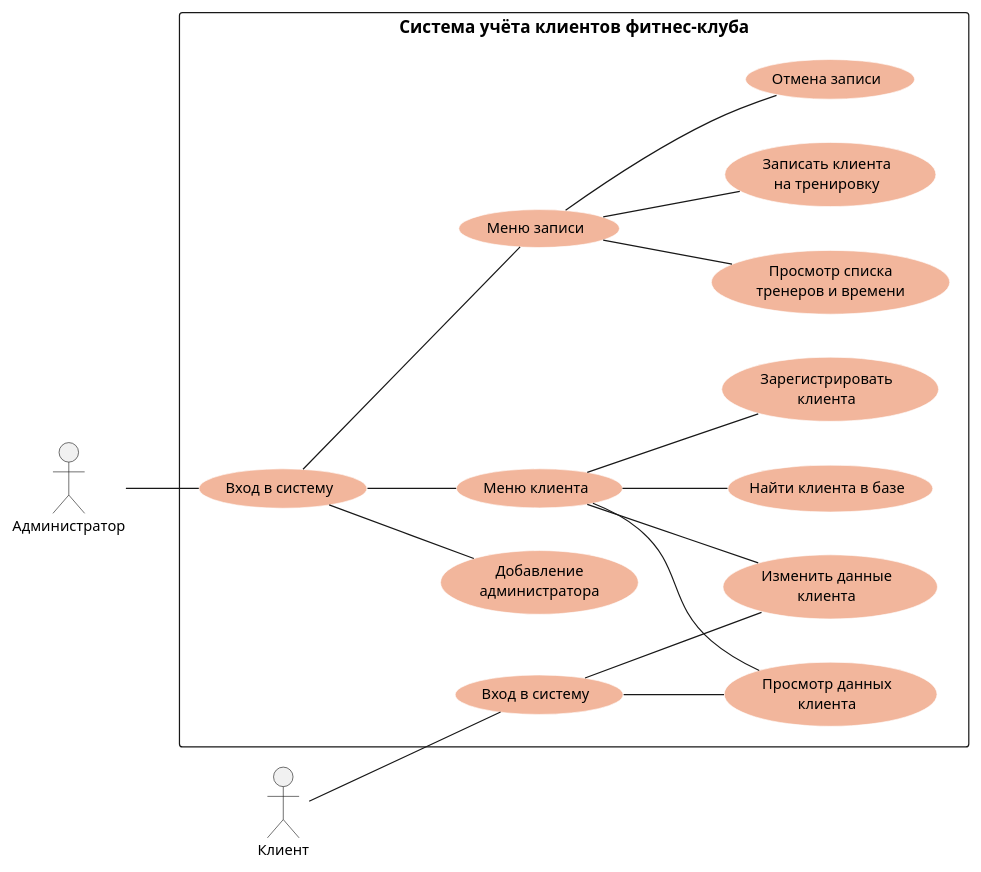
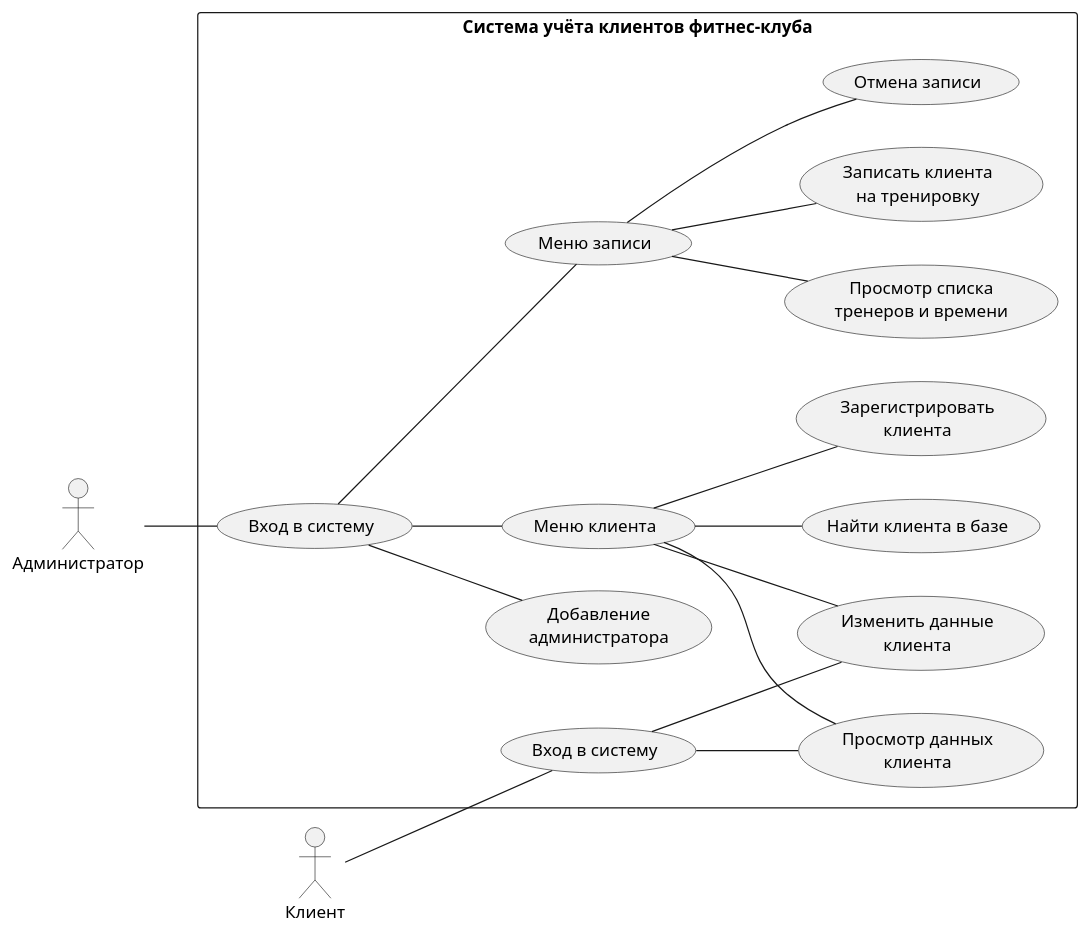
One commit to muhinegor323-dev/FitnesClub changed the diagram in docs/myusecase.puml. Above: the diagram before and after it, drawn with PlantUML.

Commit message:
four commits

```diff
--- a/docs/myusecase.puml
+++ b/docs/myusecase.puml
@@ -1,121 +1,112 @@
 @startuml fitnesclub_usecase
 
 left to right direction
 
-skinparam packageStyle rectangle
-skinparam shadowing false
-skinparam usecase {
-    BackgroundColor #f2b69c
-    BorderColor #FFFFFF
-    FontSize 12
-}
-skinparam actor {
-    FontSize 12
-}
+
 
 actor "Администратор" as Admin
 actor "Клиент" as Client
 
 rectangle "Система учёта клиентов фитнес-клуба" {
 
     ' ==========================================
 
     ' АДМИНИСТРАТОР
 
     ' ==========================================
 
     usecase "Вход в систему" as AdminLogin
 
     usecase "Меню записи" as BookingMenu
 
     usecase "Просмотр списка\nтренеров и времени" as ViewTrainers
 
     usecase "Записать клиента\nна тренировку" as BookTraining
 
     usecase "Отмена записи" as CancelBooking
 
     usecase "Добавление\nадминистратора" as AddAdmin
 
     ' ==========================================
 
     ' МЕНЮ КЛИЕНТА
 
     ' ==========================================
 
     usecase "Меню клиента" as ClientMenu
 
     usecase "Найти клиента в базе" as FindClient
 
     usecase "Зарегистрировать\nклиента" as RegisterClient
 
     usecase "Просмотр данных\nклиента" as ViewClient
 
     usecase "Изменить данные\nклиента" as EditClient
 
     ' ==========================================
 
     ' КЛИЕНТ
 
     ' ==========================================
 
     usecase "Вход в систему" as ClientLogin
 
     ' ==========================================
 
     ' СВЯЗИ АДМИНИСТРАТОРА
 
     ' ==========================================
 
     Admin -- AdminLogin
 
     AdminLogin -- BookingMenu
 
     AdminLogin -- AddAdmin
 
     AdminLogin -- ClientMenu
 
     ' ==========================================
 
     ' МЕНЮ ЗАПИСИ
 
     ' ==========================================
 
     BookingMenu -- ViewTrainers
 
     BookingMenu -- BookTraining
 
     BookingMenu -- CancelBooking
 
     ' ==========================================
 
     ' МЕНЮ КЛИЕНТА
 
     ' ==========================================
 
     ClientMenu -- FindClient
 
     ClientMenu -- RegisterClient
 
     ClientMenu -- ViewClient
 
     ClientMenu -- EditClient
 
     ' ==========================================
 
     ' СВЯЗИ КЛИЕНТА
 
     ' ==========================================
 
     Client -- ClientLogin
 
     ClientLogin -- ViewClient
 
     ClientLogin -- EditClient
 
 
 
 
 
 }
 
 @enduml
```
